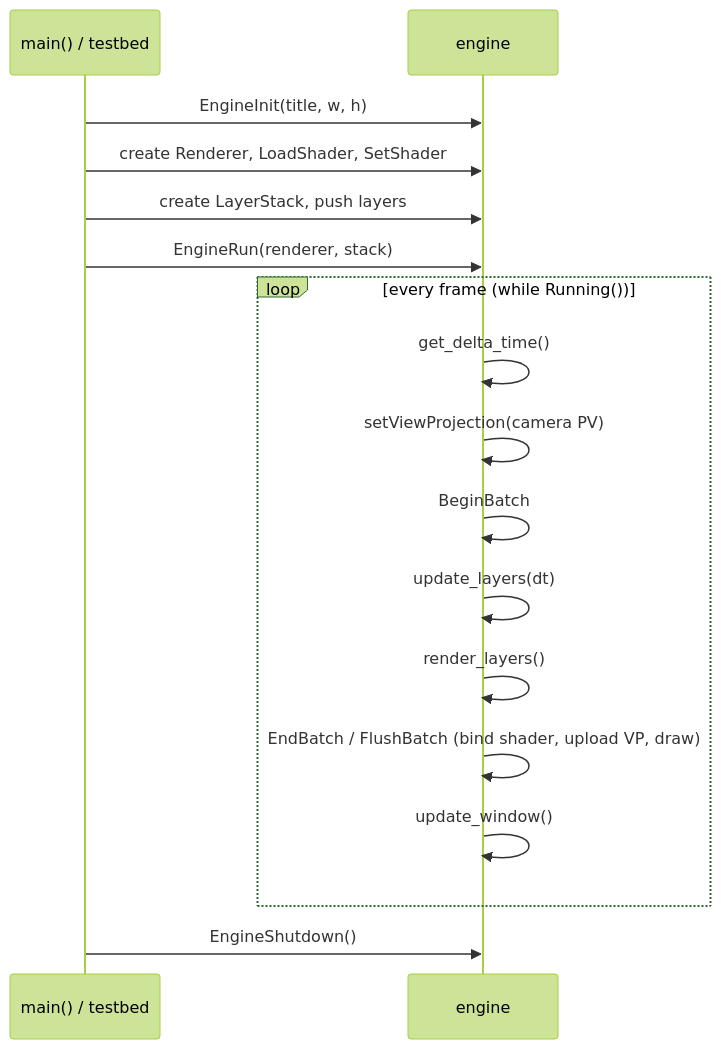
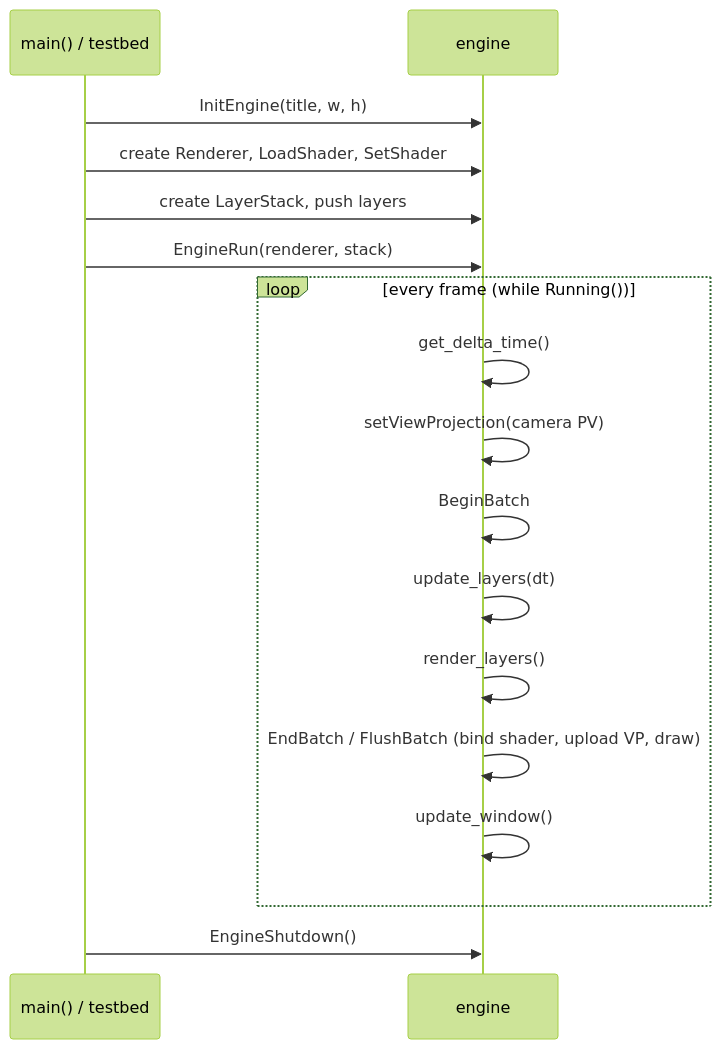
One commit to aaron-levi-0/Reynolds-Engine changed the first of 2 diagrams in ARCHITECTURE.md. Above: the diagram before and after it, drawn with Mermaid (forest theme). The commit also changed other lines of this file and 8 other files, not shown here.

````diff
--- a/ARCHITECTURE.md
+++ b/ARCHITECTURE.md
@@ -55,19 +57,19 @@
 ```mermaid
 sequenceDiagram
     participant App as main() / testbed
     participant Eng as engine
-    App->>Eng: EngineInit(title, w, h)
+    App->>Eng: InitEngine(title, w, h)
     App->>Eng: create Renderer, LoadShader, SetShader
     App->>Eng: create LayerStack, push layers
     App->>Eng: EngineRun(renderer, stack)
     loop every frame (while Running())
         Eng->>Eng: get_delta_time()
         Eng->>Eng: setViewProjection(camera PV)
         Eng->>Eng: BeginBatch
         Eng->>Eng: update_layers(dt)
         Eng->>Eng: render_layers()
         Eng->>Eng: EndBatch / FlushBatch (bind shader, upload VP, draw)
         Eng->>Eng: update_window()
     end
     App->>Eng: EngineShutdown()
 ```
````
